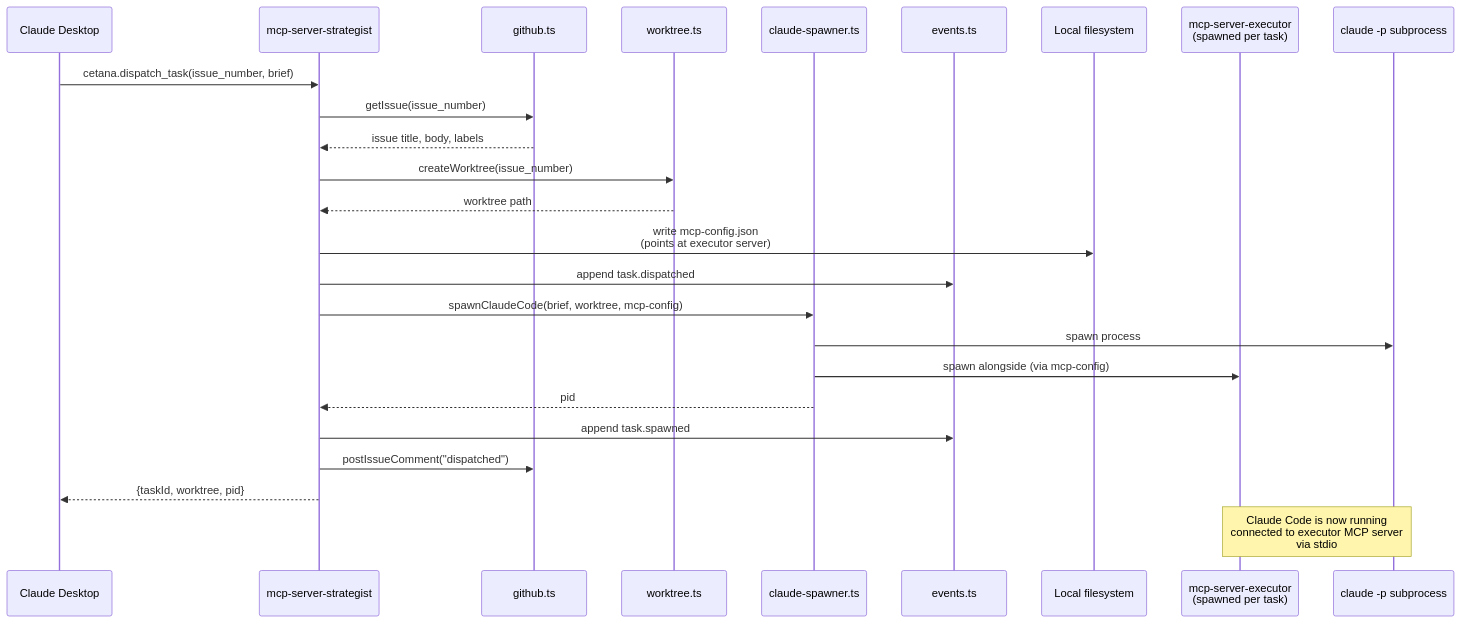
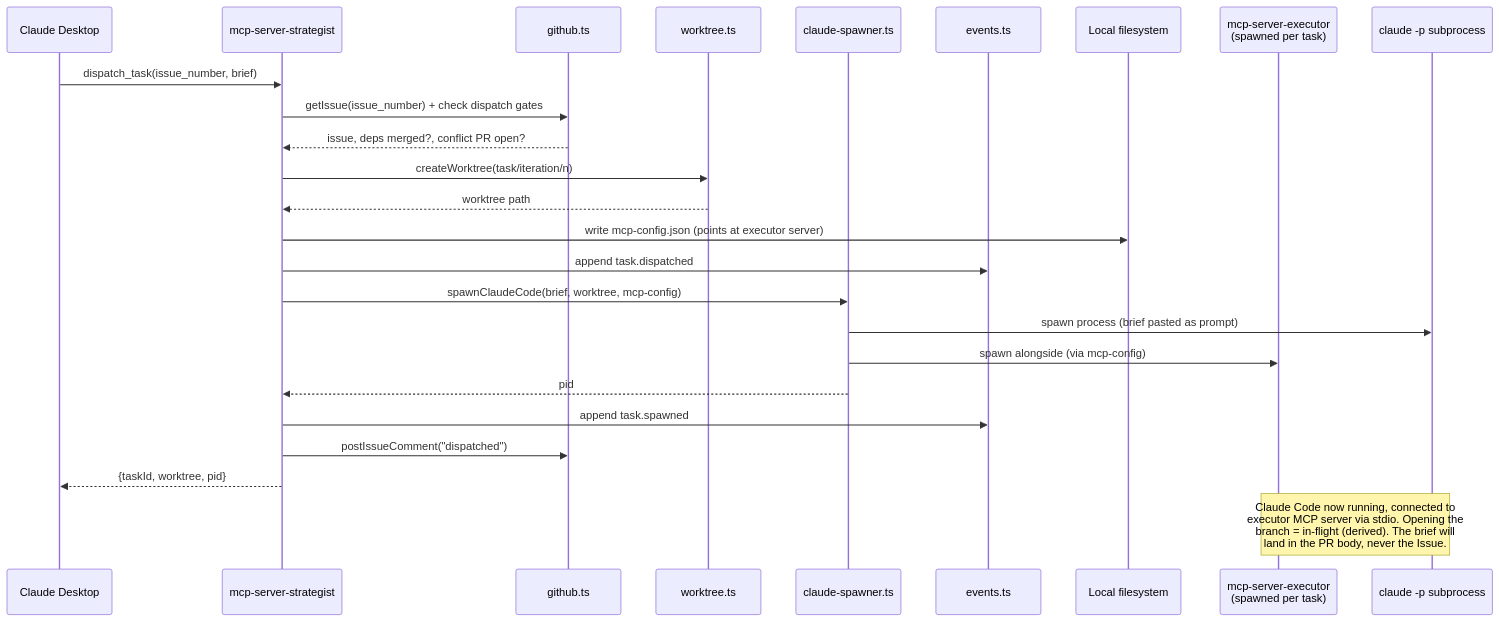
Before and after one commit to atta-labs/attalabs: the third of 8 diagrams in project-management/diagrams/system-architecture.md, drawn with Mermaid. The commit also changed other lines of this file, not shown here.

````diff
--- a/project-management/diagrams/system-architecture.md
+++ b/project-management/diagrams/system-architecture.md
@@ -147,29 +141,29 @@
 ```mermaid
 sequenceDiagram
     participant Desktop as Claude Desktop
     participant StratSrv as mcp-server-strategist
     participant Github as github.ts
     participant WT as worktree.ts
     participant Spawner as claude-spawner.ts
     participant Events as events.ts
     participant FS as Local filesystem
     participant ExecSrv as mcp-server-executor<br/>(spawned per task)
     participant Claude as claude -p subprocess
 
-    Desktop->>StratSrv: cetana.dispatch_task(issue_number, brief)
-    StratSrv->>Github: getIssue(issue_number)
-    Github-->>StratSrv: issue title, body, labels
-    StratSrv->>WT: createWorktree(issue_number)
+    Desktop->>StratSrv: dispatch_task(issue_number, brief)
+    StratSrv->>Github: getIssue(issue_number) + check dispatch gates
+    Github-->>StratSrv: issue, deps merged?, conflict PR open?
+    StratSrv->>WT: createWorktree(task/iteration/n)
     WT-->>StratSrv: worktree path
-    StratSrv->>FS: write mcp-config.json<br/>(points at executor server)
+    StratSrv->>FS: write mcp-config.json (points at executor server)
     StratSrv->>Events: append task.dispatched
     StratSrv->>Spawner: spawnClaudeCode(brief, worktree, mcp-config)
-    Spawner->>Claude: spawn process
+    Spawner->>Claude: spawn process (brief pasted as prompt)
     Spawner->>ExecSrv: spawn alongside (via mcp-config)
     Spawner-->>StratSrv: pid
     StratSrv->>Events: append task.spawned
     StratSrv->>Github: postIssueComment("dispatched")
     StratSrv-->>Desktop: {taskId, worktree, pid}
 
-    Note over Claude,ExecSrv: Claude Code is now running<br/>connected to executor MCP server<br/>via stdio
+    Note over Claude,ExecSrv: Claude Code now running, connected to<br/>executor MCP server via stdio. Opening the<br/>branch = in-flight (derived). The brief will<br/>land in the PR body, never the Issue.
 ```
````
